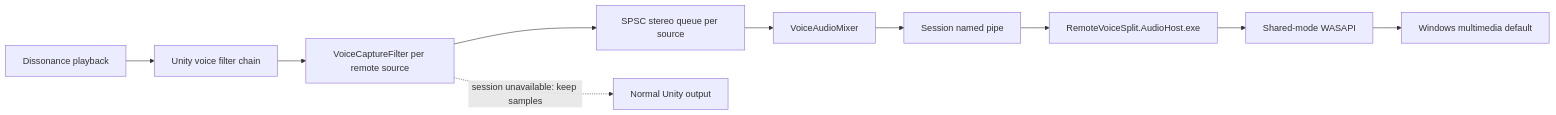
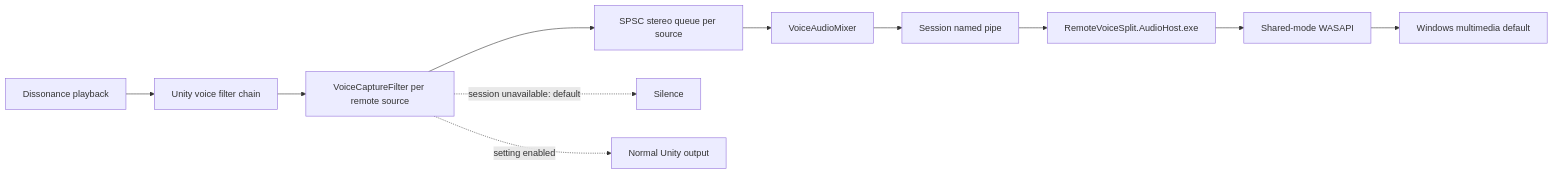
One commit to aoirint/RemoteVoiceSplit changed the diagram in docs/architecture/audio-routing.md. Above: the diagram before and after it, drawn with Mermaid. The commit also changed other lines of this file and 23 other files, not shown here.

First line of the commit message:
feat(audio)!: default remote voice fallback to silence (#8)

````diff
--- a/docs/architecture/audio-routing.md
+++ b/docs/architecture/audio-routing.md
@@ -23,12 +26,13 @@
 ```mermaid
 flowchart LR
     D["Dissonance playback"] --> U["Unity voice filter chain"]
     U --> C["VoiceCaptureFilter per remote source"]
     C --> Q["SPSC stereo queue per source"]
     Q --> M["VoiceAudioMixer"]
     M --> P["Session named pipe"]
     P --> H["RemoteVoiceSplit.AudioHost.exe"]
     H --> W["Shared-mode WASAPI"]
     W --> E["Windows multimedia default"]
-    C -. "session unavailable: keep samples" .-> N["Normal Unity output"]
+    C -. "session unavailable: default" .-> S["Silence"]
+    C -. "setting enabled" .-> N["Normal Unity output"]
 ```
````
